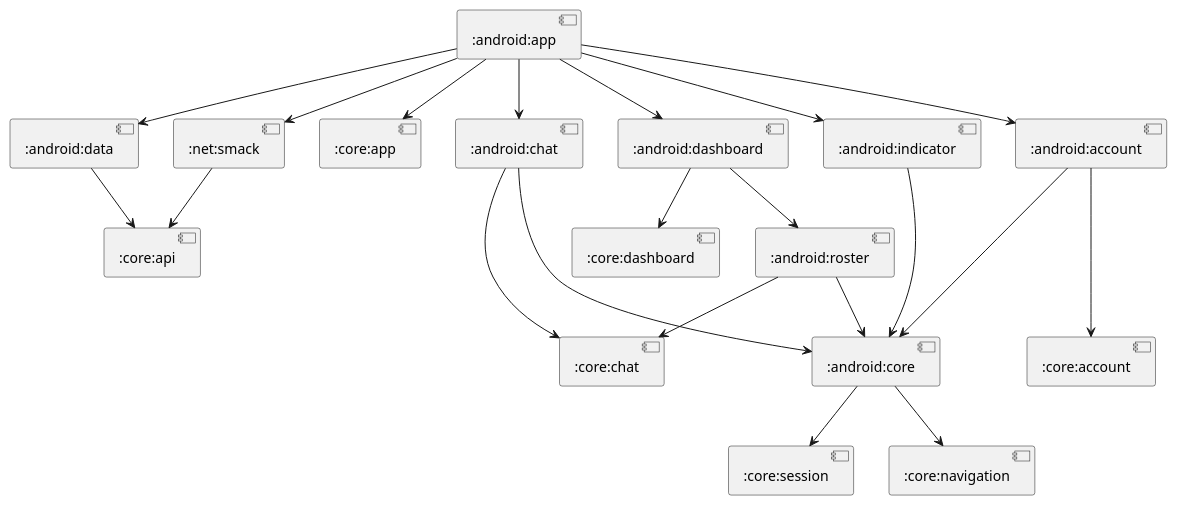
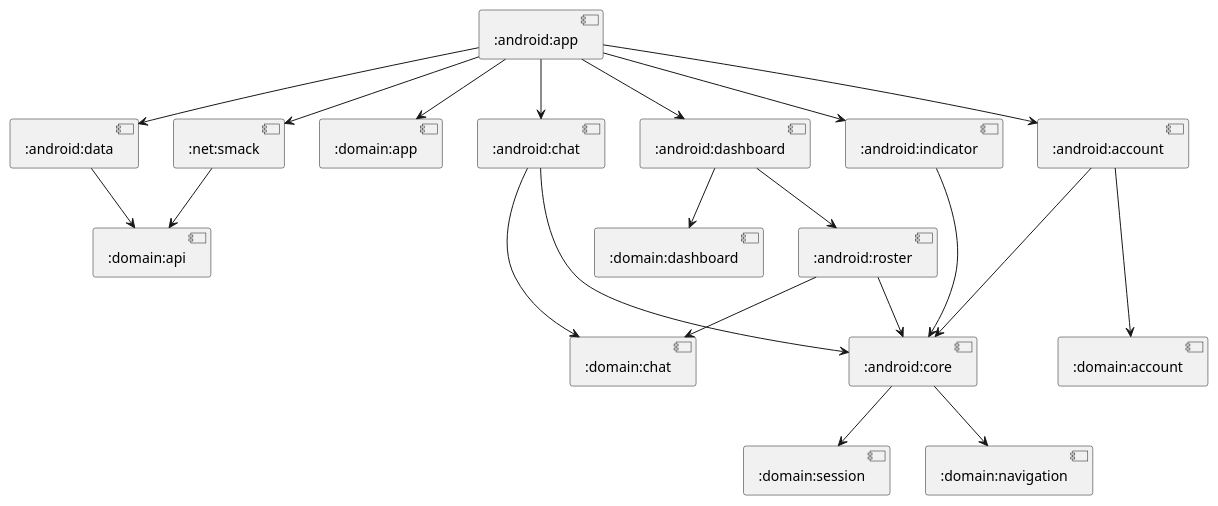
One commit to cryptopunkscc/crypton changed the diagram in android/components.puml. Above: the diagram before and after it, drawn with PlantUML. The commit also changed 101 other files, not shown here.

Commit message:
Rename core directory to domain

```diff
--- a/android/components.puml
+++ b/android/components.puml
@@ -1,34 +1,34 @@
 @startuml
 
-[:net:smack] --> [:core:api]
+[:net:smack] --> [:domain:api]
 
-[:android:app] --> [:core:app]
+[:android:app] --> [:domain:app]
 [:android:app] --> [:net:smack]
 [:android:app] --> [:android:data]
 [:android:app] --> [:android:dashboard]
 [:android:app] --> [:android:chat]
 [:android:app] --> [:android:account]
 [:android:app] --> [:android:indicator]
 
 [:android:account] --> [:android:core]
-[:android:account] ---> [:core:account]
+[:android:account] ---> [:domain:account]
 
 [:android:chat] ---> [:android:core]
-[:android:chat] --> [:core:chat]
+[:android:chat] --> [:domain:chat]
 
 [:android:dashboard] --> [:android:roster]
-[:android:dashboard] --> [:core:dashboard]
+[:android:dashboard] --> [:domain:dashboard]
 
 [:android:roster] --> [:android:core]
-[:android:roster] --> [:core:chat]
+[:android:roster] --> [:domain:chat]
 
 [:android:indicator] ---> [:android:core]
 
-[:android:core] --> [:core:session]
-[:android:core] --> [:core:navigation]
+[:android:core] --> [:domain:session]
+[:android:core] --> [:domain:navigation]
 
-[:android:data] --> [:core:api]
+[:android:data] --> [:domain:api]
 
 
 
 @enduml
```
